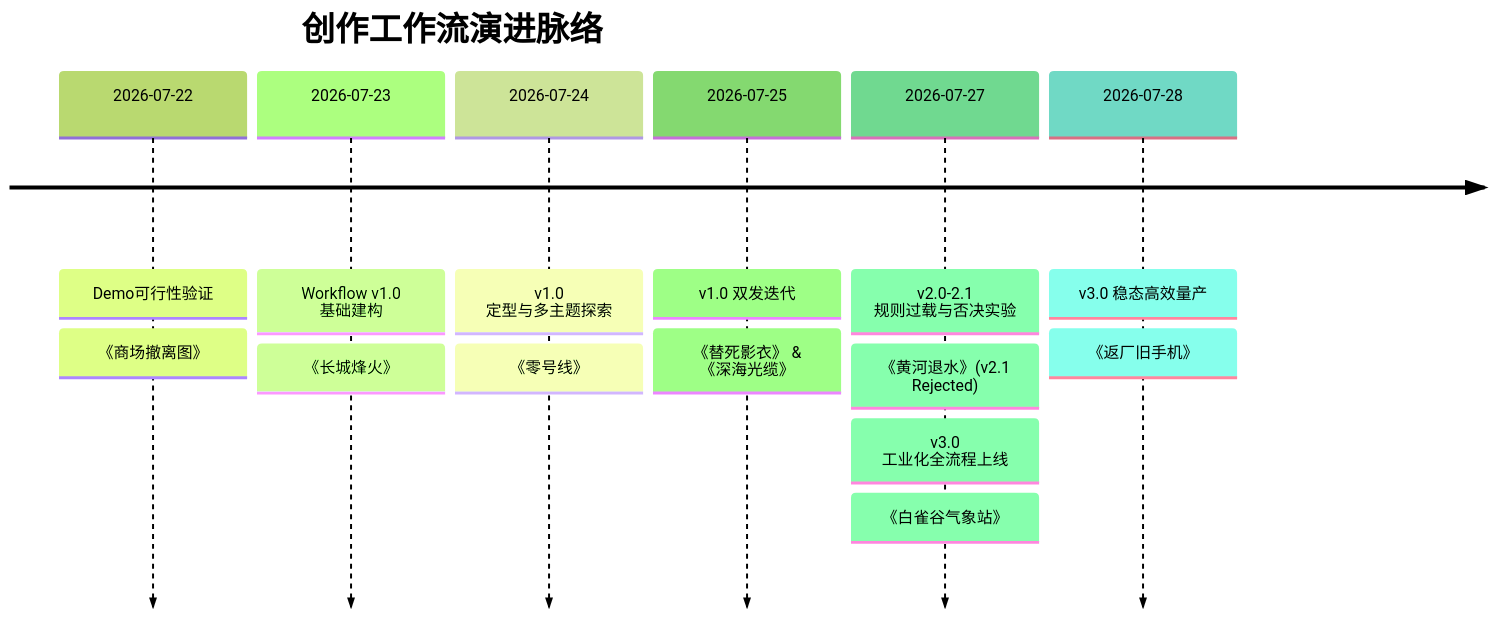
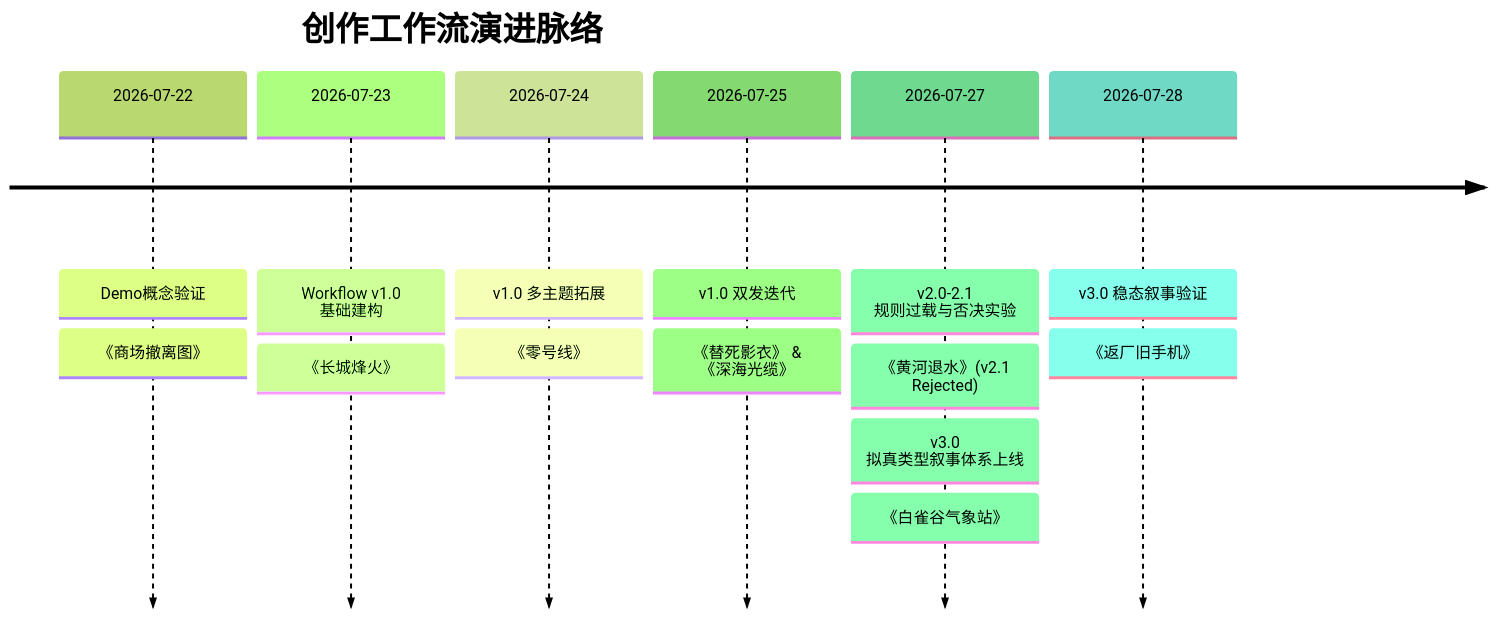
One commit to houghtongasthini-max/chuangzuo changed the diagram in WORKFLOW_TIMELINE.md. Above: the diagram before and after it, drawn with Mermaid (forest theme). The commit also changed other lines of this file and 17 other files, not shown here.

````diff
--- a/WORKFLOW_TIMELINE.md
+++ b/WORKFLOW_TIMELINE.md
@@ -9,11 +9,11 @@
 ```mermaid
 timeline
     title 创作工作流演进脉络
-    2026-07-22 : Demo可行性验证 : 《商场撤离图》
+    2026-07-22 : Demo概念验证 : 《商场撤离图》
     2026-07-23 : Workflow v1.0 基础建构 : 《长城烽火》
-    2026-07-24 : v1.0 定型与多主题探索 : 《零号线》
+    2026-07-24 : v1.0 多主题拓展 : 《零号线》
     2026-07-25 : v1.0 双发迭代 : 《替死影衣》 & 《深海光缆》
     2026-07-27 : v2.0-2.1 规则过载与否决实验 : 《黄河退水》(v2.1 Rejected)
-               : v3.0 工业化全流程上线 : 《白雀谷气象站》
-    2026-07-28 : v3.0 稳态高效量产 : 《返厂旧手机》
+               : v3.0 拟真类型叙事体系上线 : 《白雀谷气象站》
+    2026-07-28 : v3.0 稳态叙事验证 : 《返厂旧手机》
 ```
````
